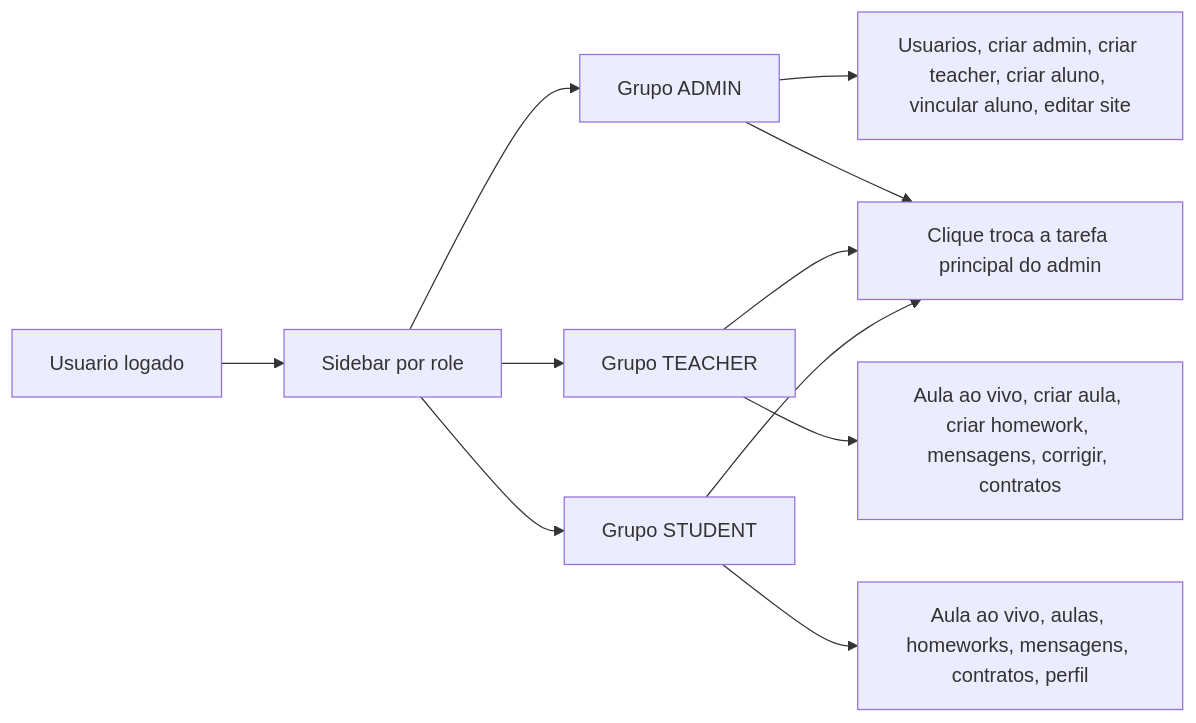
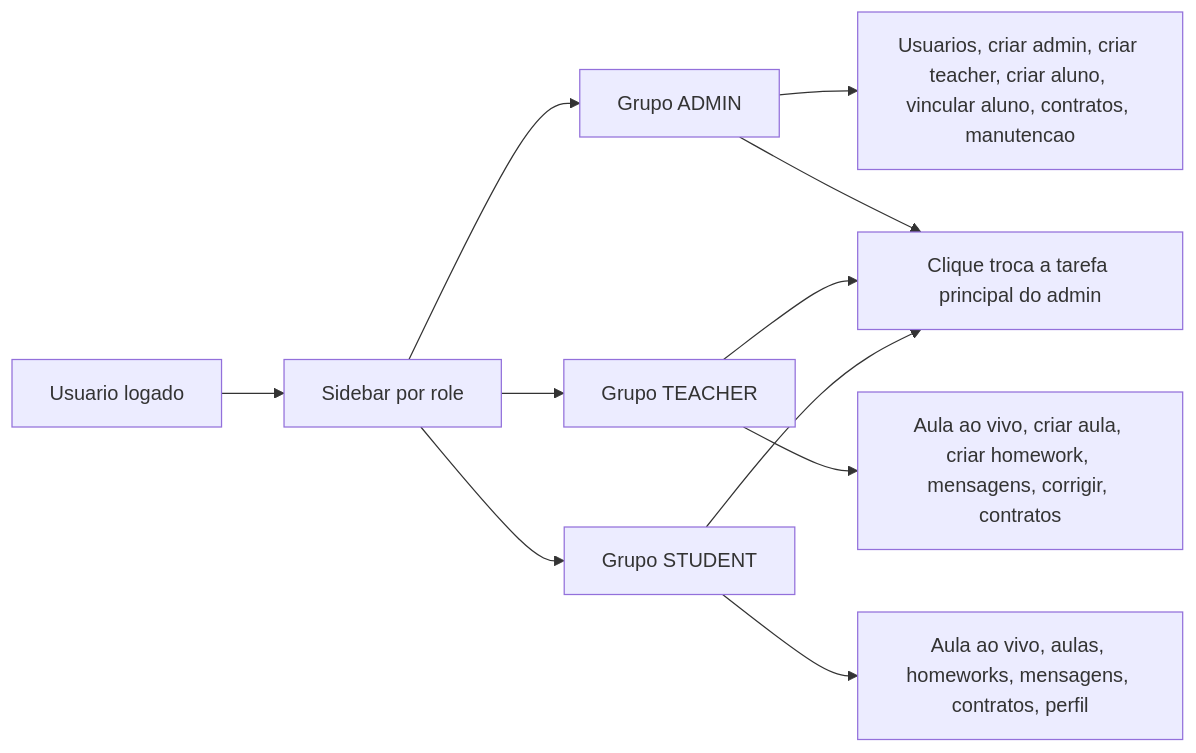
Before and after one commit to WilliYY/Candy-English: the seventh of 12 diagrams in docs/fluxos-ava.md, drawn with Mermaid. The commit also changed other lines of this file and 22 other files, not shown here.

````diff
--- a/docs/fluxos-ava.md
+++ b/docs/fluxos-ava.md
@@ -143,13 +143,13 @@
 ```mermaid
 flowchart LR
   A["Usuario logado"] --> B["Sidebar por role"]
   B --> C["Grupo ADMIN"]
   B --> D["Grupo TEACHER"]
   B --> E["Grupo STUDENT"]
-  C --> C1["Usuarios, criar admin, criar teacher, criar aluno, vincular aluno, editar site"]
+  C --> C1["Usuarios, criar admin, criar teacher, criar aluno, vincular aluno, contratos, manutencao"]
   D --> D1["Aula ao vivo, criar aula, criar homework, mensagens, corrigir, contratos"]
   E --> E1["Aula ao vivo, aulas, homeworks, mensagens, contratos, perfil"]
   C --> F["Clique troca a tarefa principal do admin"]
   D --> F
   E --> F
 ```
````
